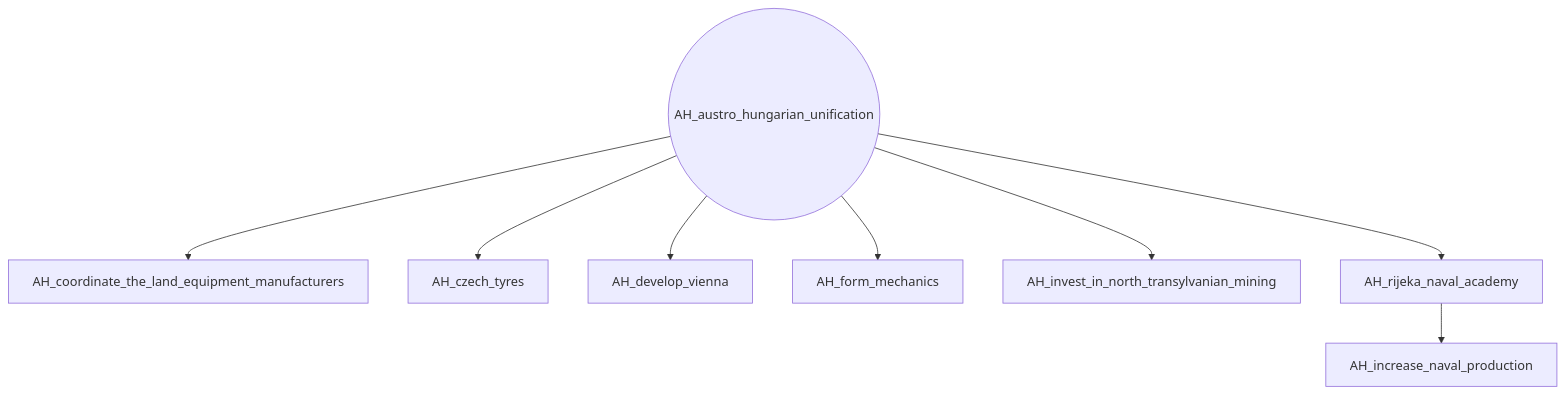
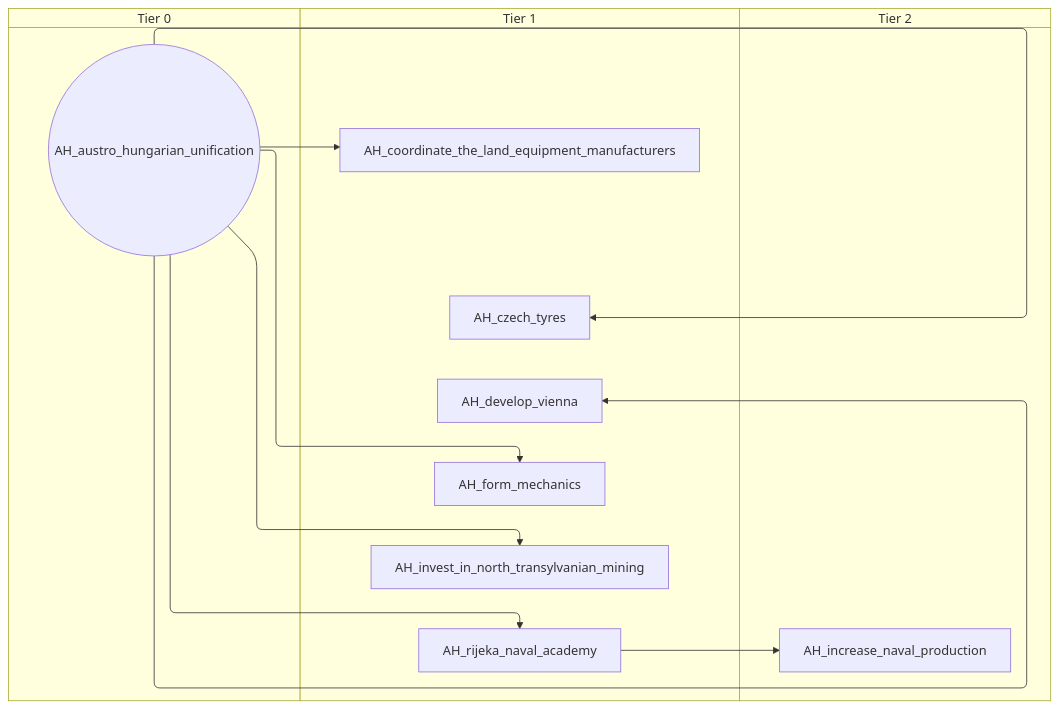
The diagram in docs/gdd/National Focuses/r56/r56_austria_hungary_shared.md (evgeny-sobol/hoi4-sandbox-mode-r56), drawn with Mermaid before and after one commit. The commit also changed 423 other files, not shown here.

First line of the commit message:
Re-export Rt56 focus trees as swimlane diagrams

````diff
--- a/docs/gdd/National Focuses/r56/r56_austria_hungary_shared.md
+++ b/docs/gdd/National Focuses/r56/r56_austria_hungary_shared.md
@@ -3,18 +3,24 @@
 ```mermaid
-flowchart TD
-    n1(("AH_austro_hungarian_unification"))
-    n2["AH_coordinate_the_land_equipment_manufacturers"]
-    n3["AH_czech_tyres"]
-    n4["AH_develop_vienna"]
-    n5["AH_form_mechanics"]
-    n6["AH_increase_naval_production"]
-    n7["AH_invest_in_north_transylvanian_mining"]
-    n8["AH_rijeka_naval_academy"]
+swimlane-beta TD
+    subgraph tier_0["Tier 0"]
+        n1(("AH_austro_hungarian_unification"))
+    end
+    subgraph tier_1["Tier 1"]
+        n2["AH_coordinate_the_land_equipment_manufacturers"]
+        n3["AH_czech_tyres"]
+        n4["AH_develop_vienna"]
+        n5["AH_form_mechanics"]
+        n6["AH_invest_in_north_transylvanian_mining"]
+        n7["AH_rijeka_naval_academy"]
+    end
+    subgraph tier_2["Tier 2"]
+        n8["AH_increase_naval_production"]
+    end
     n1 --> n2
     n1 --> n3
     n1 --> n4
     n1 --> n5
-    n8 --> n6
+    n7 --> n8
+    n1 --> n6
     n1 --> n7
-    n1 --> n8
 ```
````
